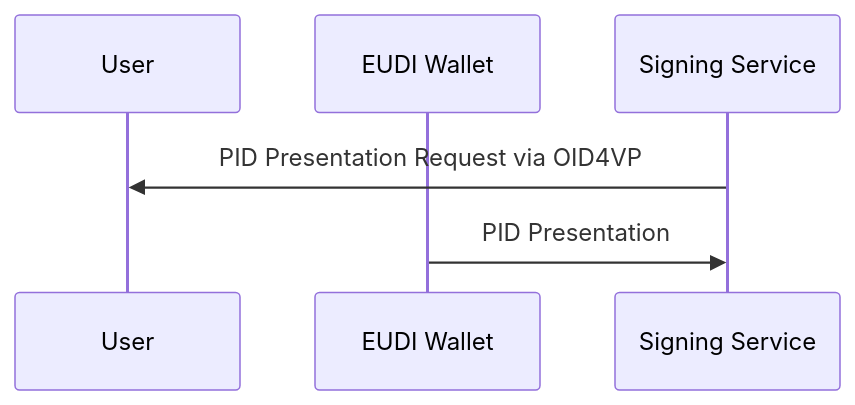
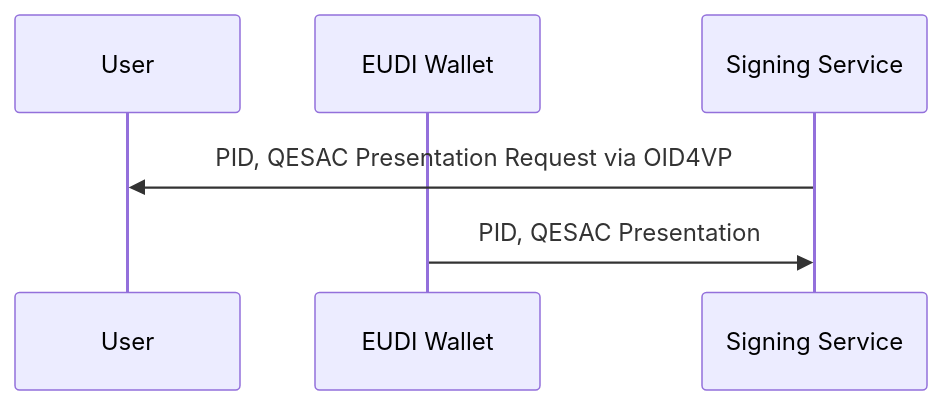
Before and after one commit to EWC-consortium/eudi-wallet-rfcs: the fifth of 7 diagrams in ewc-rfc010-long-term-certifice-qes-creation.md, drawn with Mermaid. The commit also changed other lines of this file, not shown here.

````diff
--- a/ewc-rfc010-long-term-certifice-qes-creation.md
+++ b/ewc-rfc010-long-term-certifice-qes-creation.md
@@ -340,9 +353,9 @@
 ```mermaid
    sequenceDiagram
   participant User
   participant EUDI Wallet
   participant Signing Service
 
-  Signing Service->>User: PID Presentation Request via OID4VP
-  EUDI Wallet->>Signing Service: PID Presentation
+  Signing Service->>User: PID, QESAC Presentation Request via OID4VP
+  EUDI Wallet->>Signing Service: PID, QESAC Presentation
 ```
````
